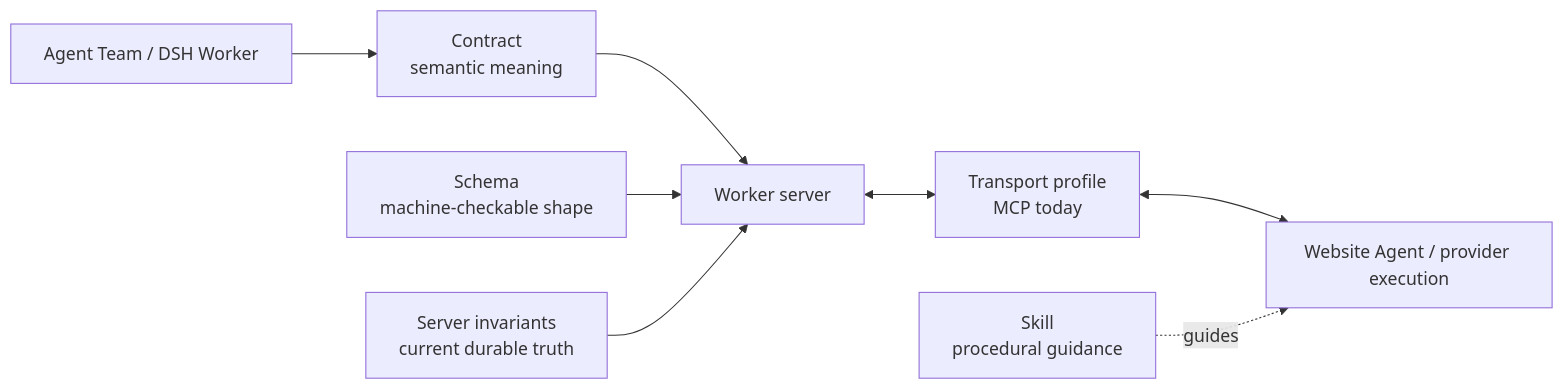
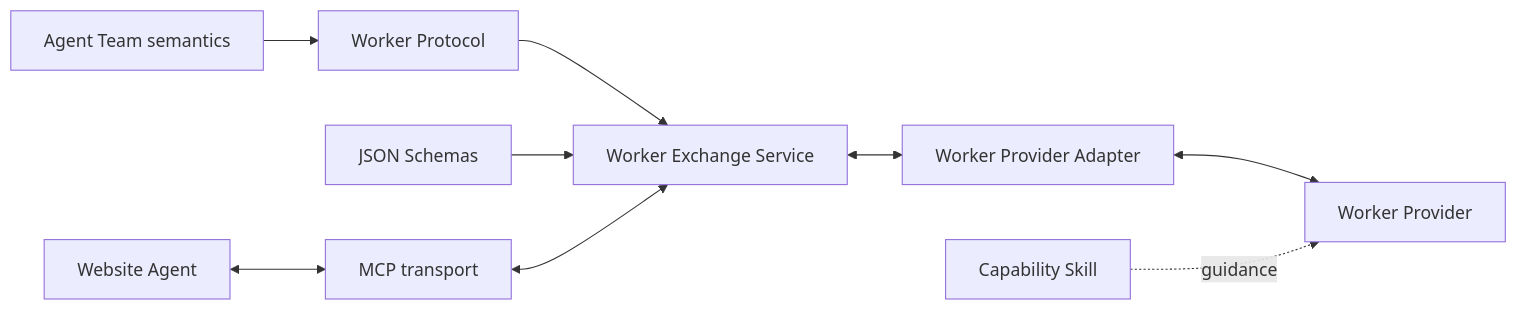
Before and after one commit to tsuuanmi/AgentOS: the first of 3 diagrams in docs/architecture/worker-boundaries.md, drawn with Mermaid. The commit also changed other lines of this file, not shown here.

Commit message:
docs: define agnostic Worker boundary

```diff
--- a/docs/architecture/worker-boundaries.md
+++ b/docs/architecture/worker-boundaries.md
@@ -18,19 +14,23 @@
 ~~~mermaid
 flowchart LR
-    AT[Agent Team / DSH Worker]
-    C[Contract<br/>semantic meaning]
-    S[Schema<br/>machine-checkable shape]
-    T[Transport profile<br/>MCP today]
-    K[Skill<br/>procedural guidance]
-    P[Website Agent / provider execution]
-    SI[Server invariants<br/>current durable truth]
-    WS[Worker server]
+    Team[Agent Team semantics]
+    Contract[Worker Protocol]
+    Schema[JSON Schemas]
+    Exchange[Worker Exchange Service]
+    Adapter[Worker Provider Adapter]
+    Provider[Worker Provider]
+    Skill[Capability Skill]
+    MCP[MCP transport]
+    Website[Website Agent]
 
-    AT --> C
-    C --> WS
-    S --> WS
-    WS <--> T
-    T <--> P
-    K -. guides .-> P
-    SI --> WS
+    Team --> Contract
+    Contract --> Exchange
+    Schema --> Exchange
+
+    Exchange <--> Adapter
+    Adapter <--> Provider
+    Skill -. guidance .-> Provider
+
+    Website <--> MCP
+    MCP <--> Exchange
 ~~~
```
